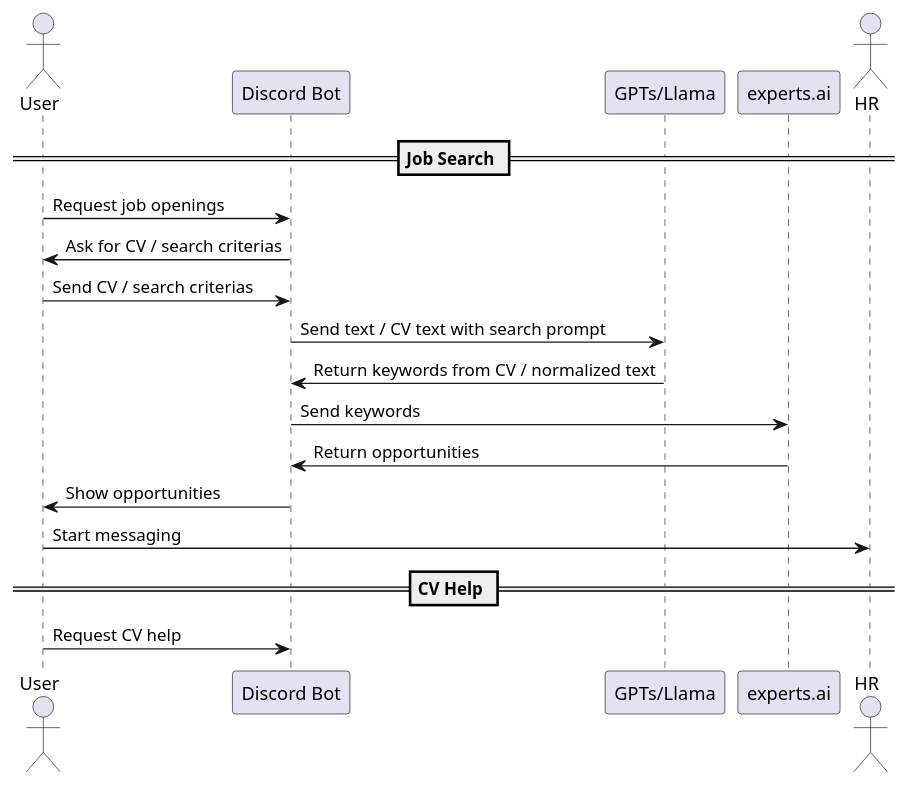
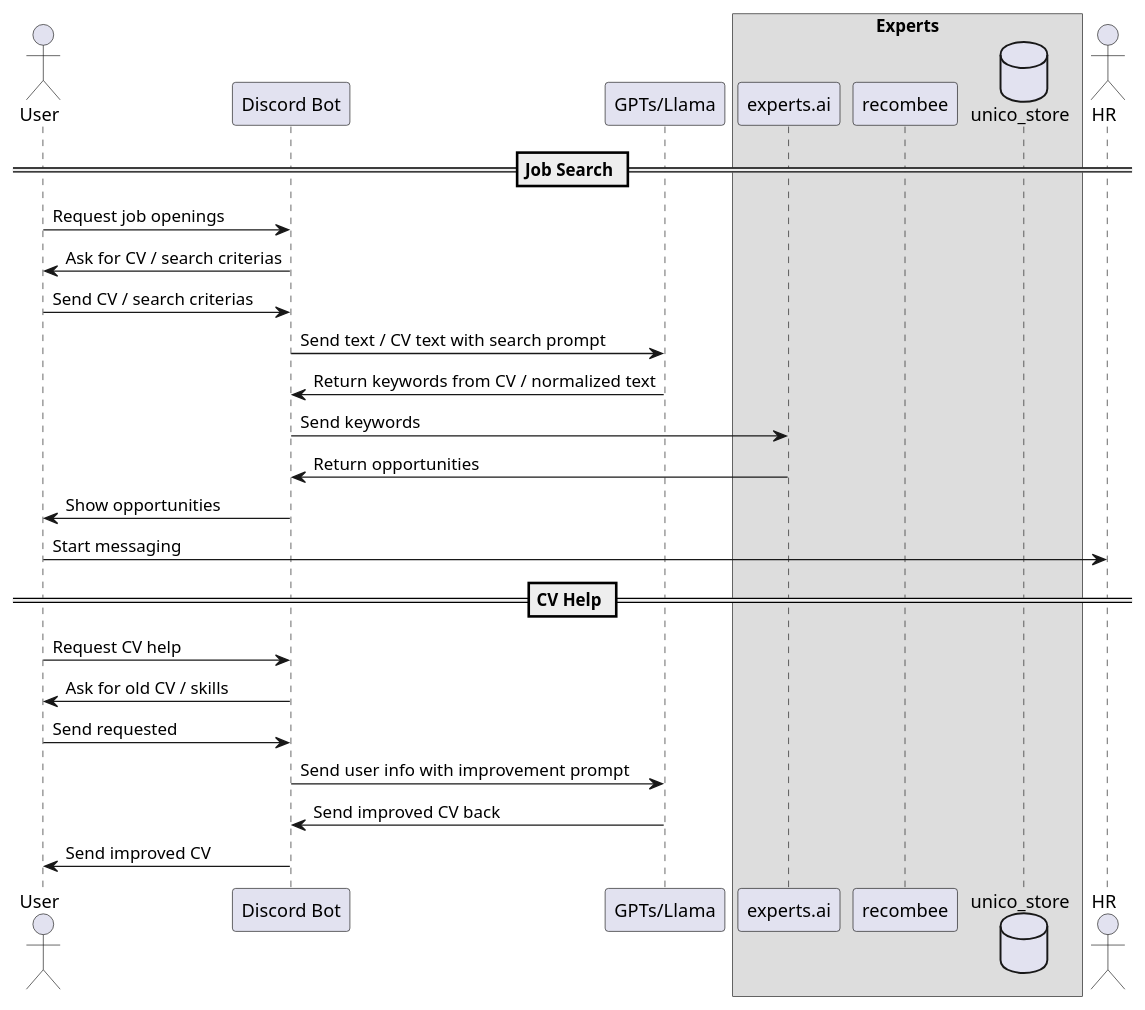
Before and after one commit to Tokumov/DiscordBotGemini: the diagram in diagrams/sequence.puml, drawn with PlantUML.

Commit message:
Add some stuff to sequence.puml

```diff
--- a/diagrams/sequence.puml
+++ b/diagrams/sequence.puml
@@ -1,23 +1,32 @@
 @startuml
 actor User as user
 participant "Discord Bot" as bot
 participant "GPTs/Llama" as ai
+box Experts
 participant "experts.ai" as experts
+participant "recombee" as recomb
+database "unico_store" as db
+end box
 actor HR as hr
 
 == Job Search ==
 user -> bot: Request job openings
 bot -> user: Ask for CV / search criterias
 user -> bot: Send CV / search criterias
 bot -> ai: Send text / CV text with search prompt
 ai -> bot: Return keywords from CV / normalized text
 bot -> experts: Send keywords
 experts -> bot: Return opportunities
 bot -> user: Show opportunities
 user -> hr: Start messaging
 
 == CV Help ==
 user -> bot: Request CV help
+bot -> user: Ask for old CV / skills
+user -> bot: Send requested
+bot -> ai: Send user info with improvement prompt
+ai -> bot: Send improved CV back
+bot -> user: Send improved CV
 
 
 @enduml
```
